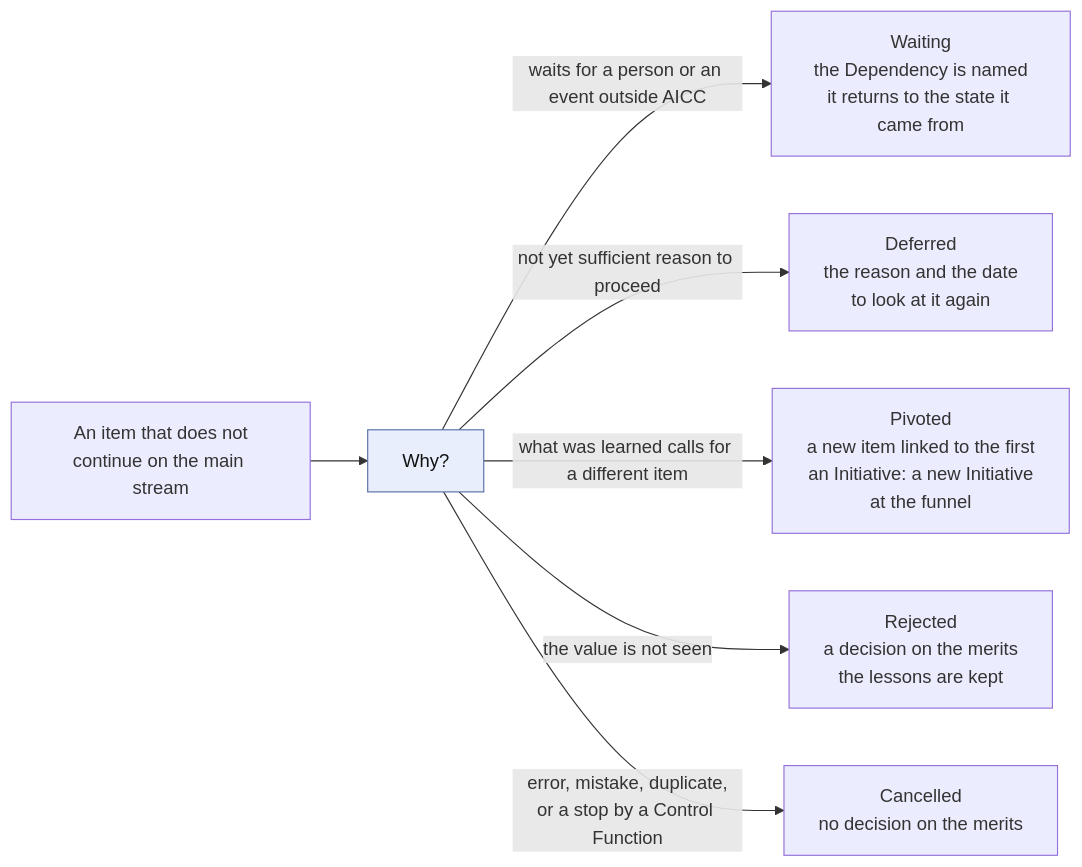
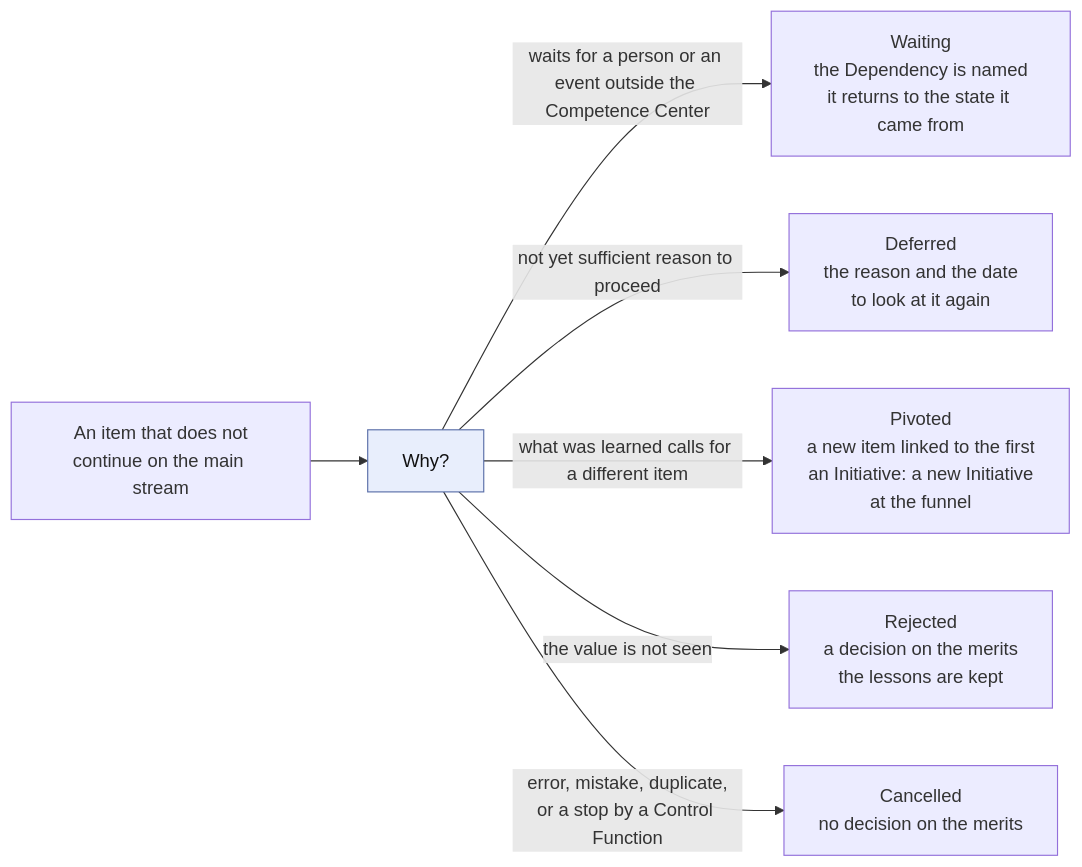
One commit to devhogu/ob-aicc changed the third of 10 diagrams in charter/en/workflows/service-delivery.md. Above: the diagram before and after it, drawn with Mermaid. The commit also changed other lines of this file and 1149 other files, not shown here.

First line of the commit message:
The name Competence Center: AICC stays only as a code (DR-2026-066)

````diff
--- a/charter/en/workflows/service-delivery.md
+++ b/charter/en/workflows/service-delivery.md
@@ -65,11 +65,11 @@
 ```mermaid
 flowchart LR
   IT["An item that does not<br/>continue on the main stream"] --> Q["Why?"]
-  Q -->|"waits for a person or an event outside AICC"| WT["Waiting<br/>the Dependency is named<br/>it returns to the state it came from"]
+  Q -->|"waits for a person or an event outside the Competence Center"| WT["Waiting<br/>the Dependency is named<br/>it returns to the state it came from"]
   Q -->|"not yet sufficient reason to proceed"| DF["Deferred<br/>the reason and the date<br/>to look at it again"]
   Q -->|"what was learned calls for a different item"| PV["Pivoted<br/>a new item linked to the first<br/>an Initiative: a new Initiative<br/>at the funnel"]
   Q -->|"the value is not seen"| RJ["Rejected<br/>a decision on the merits<br/>the lessons are kept"]
   Q -->|"error, mistake, duplicate,<br/>or a stop by a Control Function"| CN["Cancelled<br/>no decision on the merits"]
   classDef gate fill:#e8eefc,stroke:#5a6fa8,color:#111
   class Q gate
 ```
````
